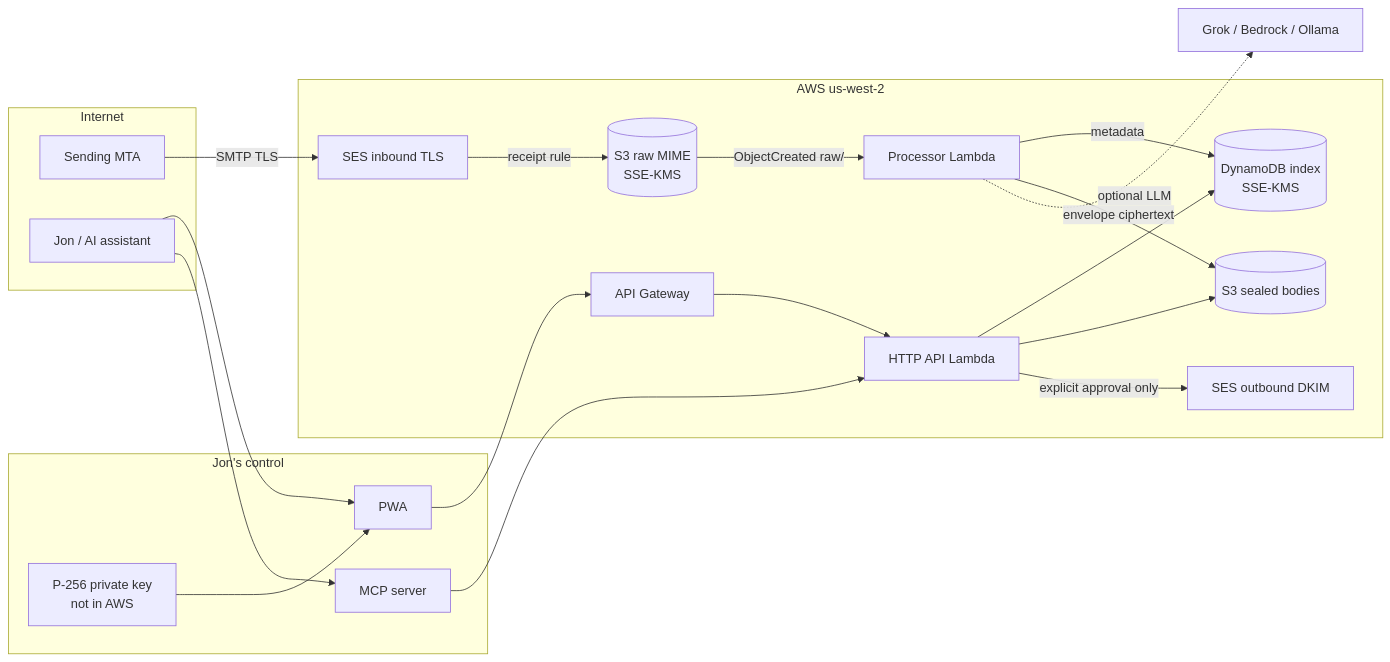
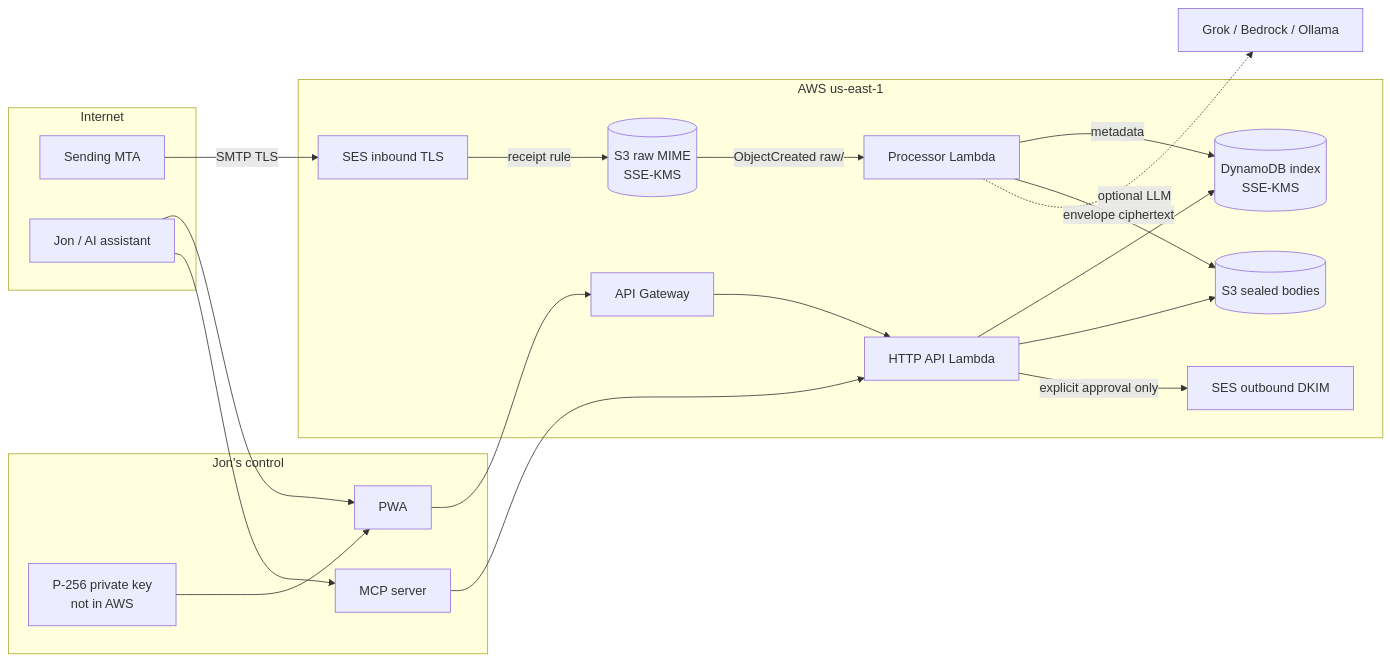
The diagram in docs/ARCHITECTURE.md (macdadyj/lojo-mail), drawn with Mermaid before and after one commit. The commit also changed other lines of this file and 19 other files, not shown here.

````diff
--- a/docs/ARCHITECTURE.md
+++ b/docs/ARCHITECTURE.md
@@ -19,39 +19,39 @@
 ```mermaid
 flowchart LR
   subgraph internet [Internet]
     Sender[Sending MTA]
     Jon[Jon / AI assistant]
   end
 
-  subgraph aws [AWS us-west-2]
+  subgraph aws [AWS us-east-1]
     SES[SES inbound TLS]
     S3[(S3 raw MIME<br/>SSE-KMS)]
     Fn[Processor Lambda]
     DDB[(DynamoDB index<br/>SSE-KMS)]
     Obj[(S3 sealed bodies)]
     API[HTTP API Lambda]
     APIGW[API Gateway]
     SESout[SES outbound DKIM]
   end
 
   subgraph client [Jon's control]
     Key[P-256 private key<br/>not in AWS]
     Web[PWA]
     MCP[MCP server]
   end
 
   Sender -->|SMTP TLS| SES
   SES -->|receipt rule| S3
   S3 -->|ObjectCreated raw/| Fn
   Fn -->|metadata| DDB
   Fn -->|envelope ciphertext| Obj
   Fn -.->|optional LLM| LLM[Grok / Bedrock / Ollama]
   Jon --> Web
   Jon --> MCP
   Web --> APIGW --> API
   MCP --> API
   API --> DDB
   API --> Obj
   API -->|explicit approval only| SESout
   Key --> Web
 ```
````
